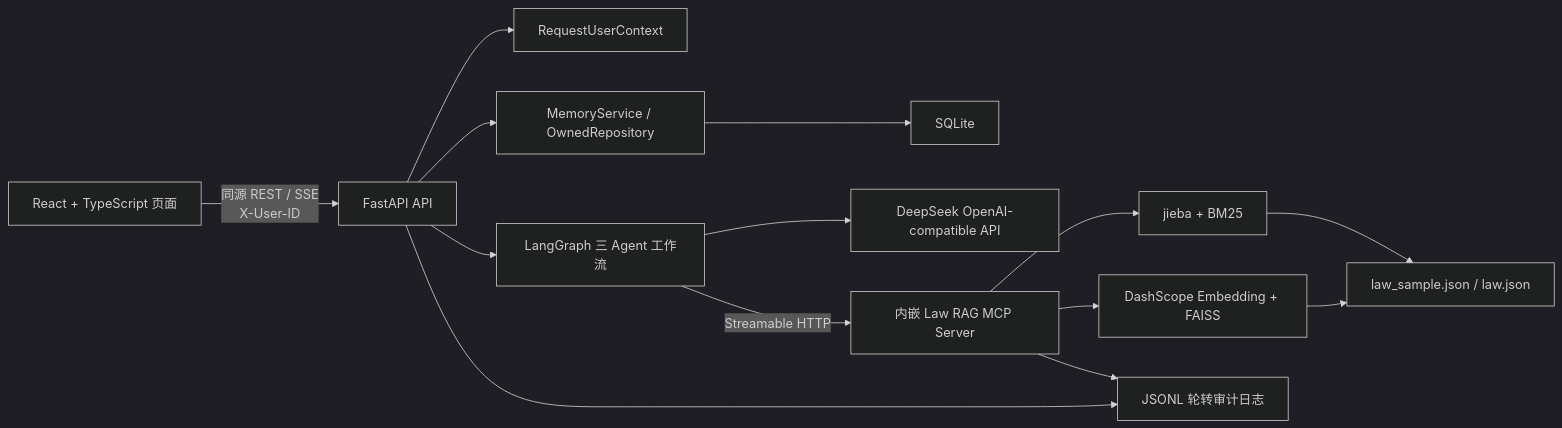
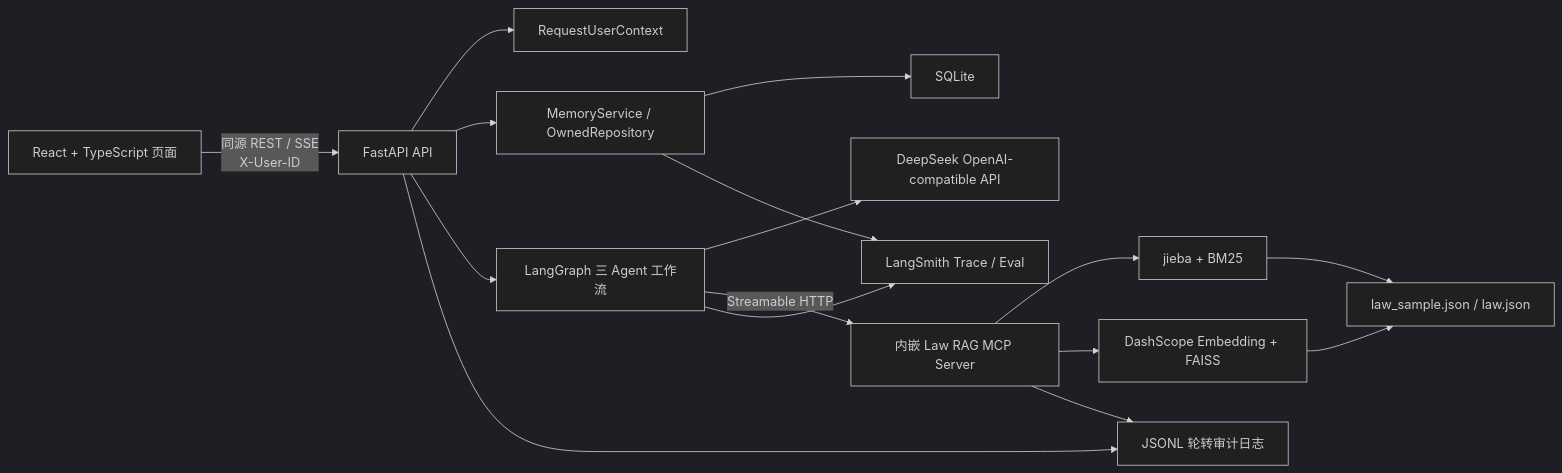
Before and after one commit to Vinn7/LawStation: the diagram in ai-context/SPEC.md, drawn with Mermaid (dark theme). The commit also changed other lines of this file and 21 other files, not shown here.

````diff
--- a/ai-context/SPEC.md
+++ b/ai-context/SPEC.md
@@ -38,16 +38,18 @@
 ```mermaid
 flowchart LR
     UI["React + TypeScript 页面"] -->|"同源 REST / SSE<br/>X-User-ID"| API["FastAPI API"]
     API --> CTX["RequestUserContext"]
     API --> MEM["MemoryService / OwnedRepository"]
     API --> AGENT["LangGraph 三 Agent 工作流"]
     MEM --> DB["SQLite"]
     AGENT --> LLM["DeepSeek OpenAI-compatible API"]
     AGENT -->|"Streamable HTTP"| MCP["内嵌 Law RAG MCP Server"]
     MCP --> BM25["jieba + BM25"]
     MCP --> DENSE["DashScope Embedding + FAISS"]
     BM25 --> LAW["law_sample.json / law.json"]
     DENSE --> LAW
     API --> LOG["JSONL 轮转审计日志"]
     MCP --> LOG
+    AGENT --> OBS["LangSmith Trace / Eval"]
+    MEM --> OBS
 ```
````
